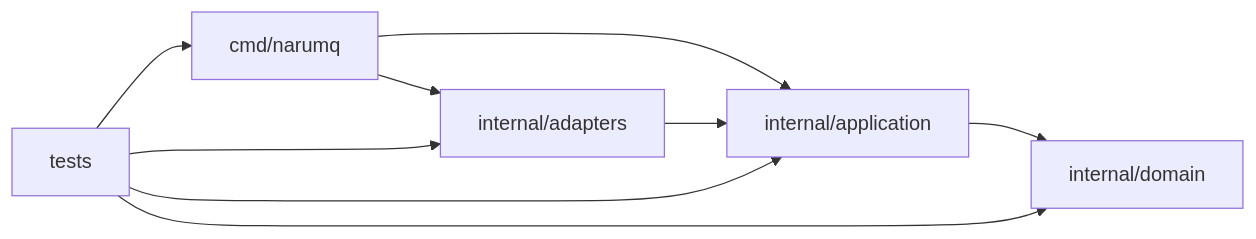
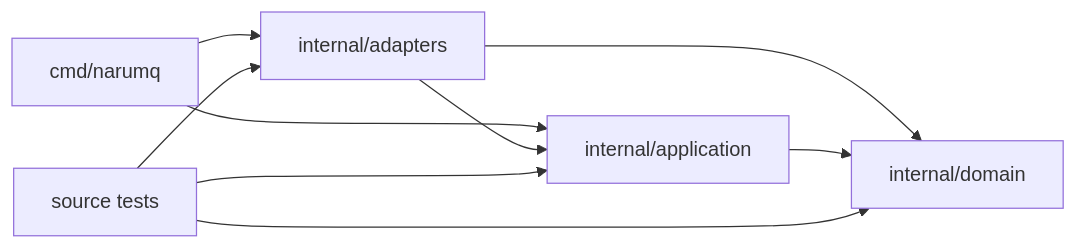
The diagram in docs/architectures/project-structure.md (kayden-kim/narumq), drawn with Mermaid before and after one commit. The commit also changed other lines of this file and 4 other files, not shown here.

````diff
--- a/docs/architectures/project-structure.md
+++ b/docs/architectures/project-structure.md
@@ -264,11 +99,11 @@
 ```mermaid
 flowchart LR
     Main["cmd/narumq"] --> Adapters["internal/adapters"]
     Main --> Application["internal/application"]
     Adapters --> Application
+    Adapters --> Domain
     Application --> Domain["internal/domain"]
-    Tests["tests"] --> Main
-    Tests --> Adapters
+    Tests["source tests"] --> Adapters
     Tests --> Application
     Tests --> Domain
 ```
````
